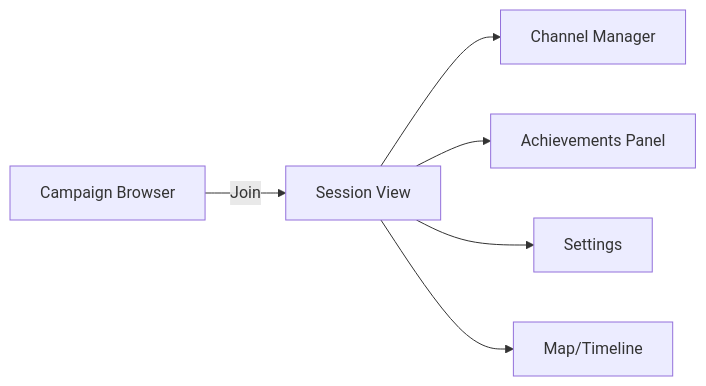
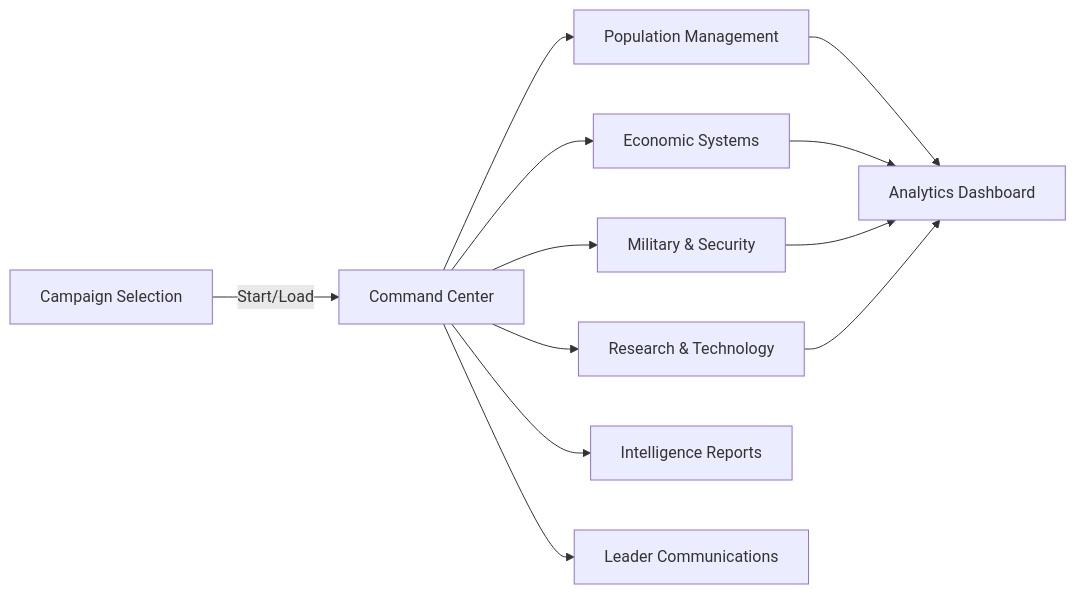
One commit to aspired-future/startales changed the first of 2 diagrams in design/ui_visual_design.md. Above: the diagram before and after it, drawn with Mermaid. The commit also changed other lines of this file and 705 other files, not shown here.

````diff
--- a/design/ui_visual_design.md
+++ b/design/ui_visual_design.md
@@ -230,8 +238,14 @@
 ```mermaid
 flowchart LR
-    A[Campaign Browser] -->|Join| B[Session View]
-    B --> C[Channel Manager]
-    B --> D[Achievements Panel]
-    B --> E[Settings]
-    B --> F[Map/Timeline]
+    A[Campaign Selection] -->|Start/Load| B[Command Center]
+    B --> C[Population Management]
+    B --> D[Economic Systems]
+    B --> E[Military & Security]
+    B --> F[Research & Technology]
+    B --> G[Intelligence Reports]
+    B --> H[Leader Communications]
+    C --> I[Analytics Dashboard]
+    D --> I
+    E --> I
+    F --> I
 ```
````
